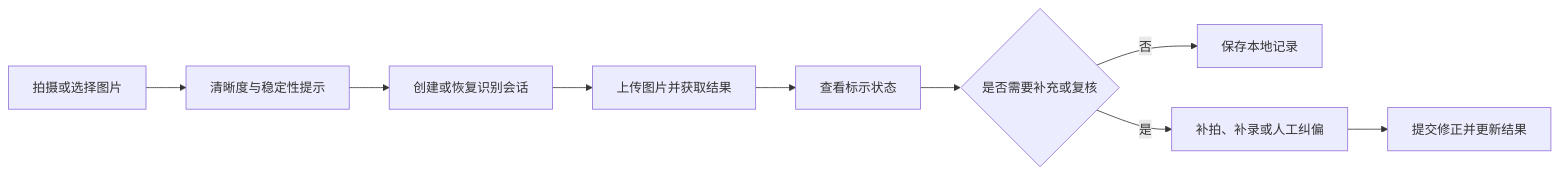
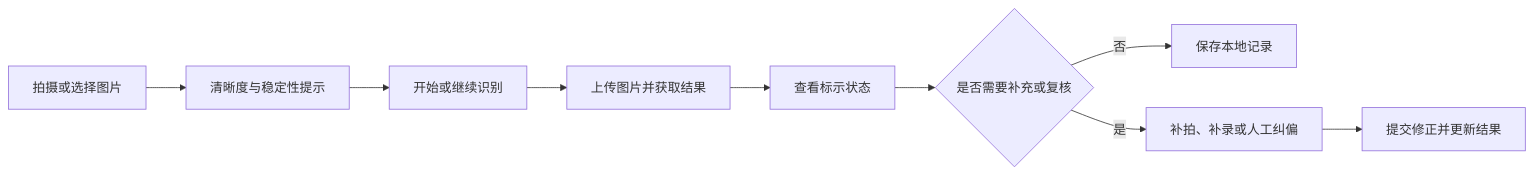
One commit to QingMouFoodDate/MobileClient changed the first of 2 diagrams in README.md. Above: the diagram before and after it, drawn with Mermaid. The commit also changed other lines of this file, not shown here.

````diff
--- a/README.md
+++ b/README.md
@@ -64,11 +66,11 @@
 ```mermaid
 flowchart LR
     A["拍摄或选择图片"] --> B["清晰度与稳定性提示"]
-    B --> C["创建或恢复识别会话"]
+    B --> C["开始或继续识别"]
     C --> D["上传图片并获取结果"]
     D --> E["查看标示状态"]
     E --> F{"是否需要补充或复核"}
     F -->|"否"| G["保存本地记录"]
     F -->|"是"| H["补拍、补录或人工纠偏"]
     H --> I["提交修正并更新结果"]
 ```
````
